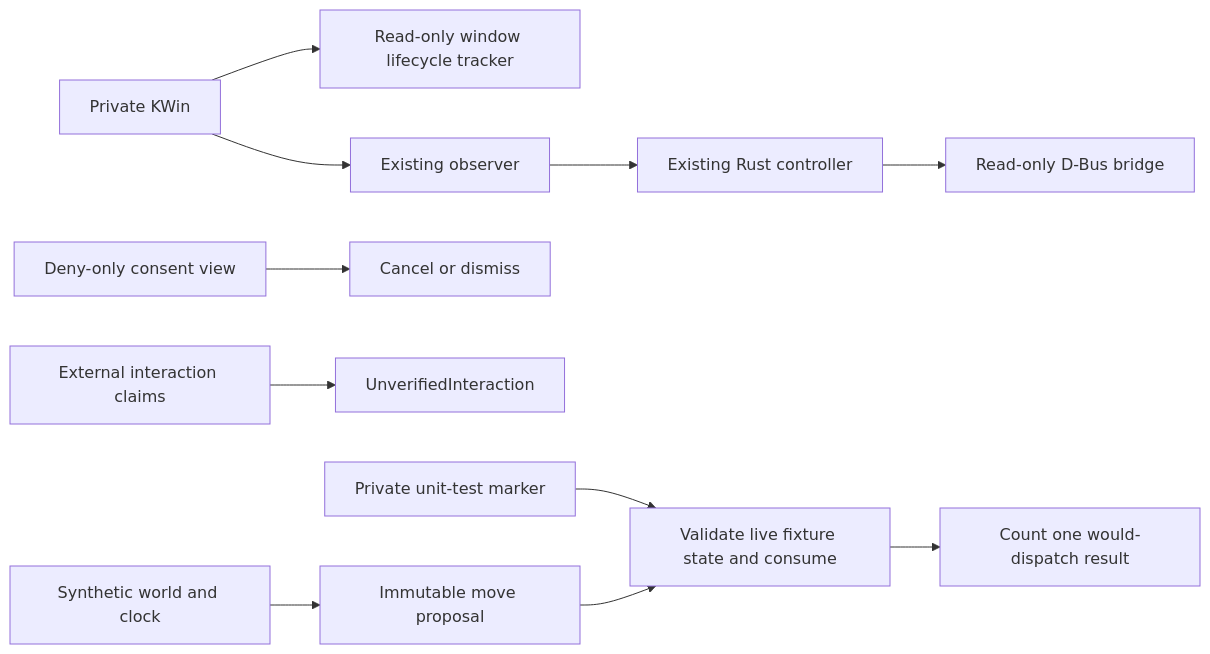
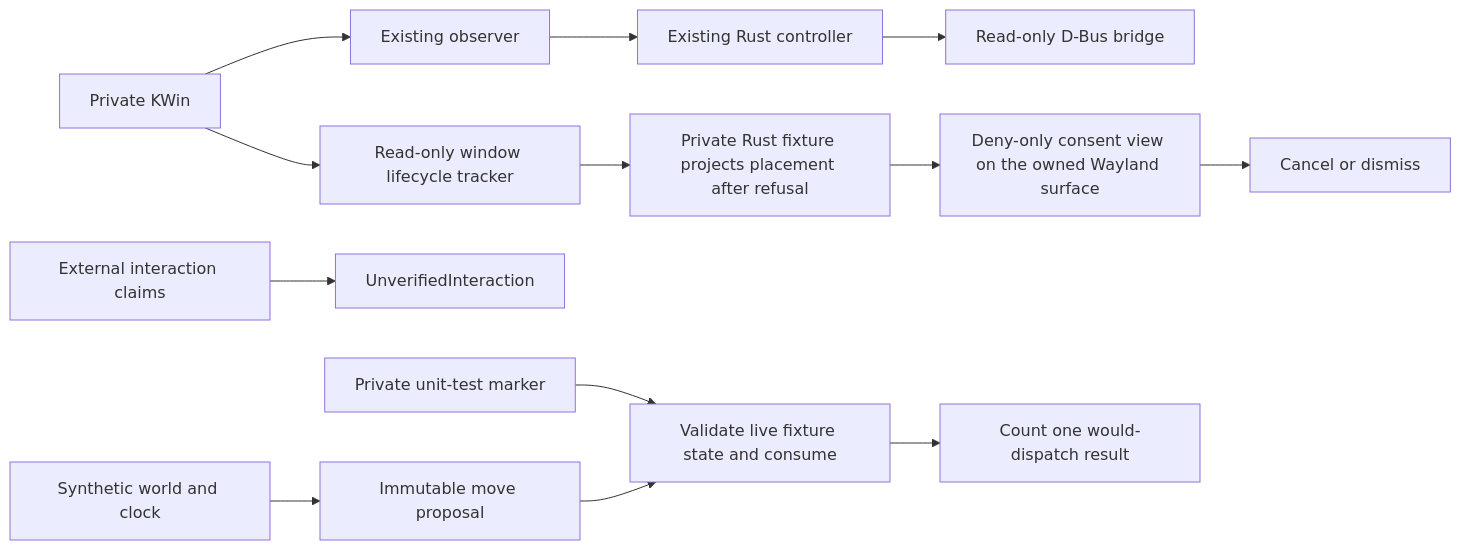
The diagram in docs/phase-3-implementation.md (ASHEN-IX/depthOS), drawn with Mermaid before and after one commit. The commit also changed other lines of this file and 3 other files, not shown here.

````diff
--- a/docs/phase-3-implementation.md
+++ b/docs/phase-3-implementation.md
@@ -9,13 +9,15 @@
 ```mermaid
 flowchart LR
     KWin["Private KWin"] --> Tracker["Read-only window lifecycle tracker"]
     KWin --> Observer["Existing observer"]
     Observer --> Controller["Existing Rust controller"]
     Controller --> Bridge["Read-only D-Bus bridge"]
-    Prompt["Deny-only consent view"] --> Dismiss["Cancel or dismiss"]
+    Tracker --> Projection["Private Rust fixture projects placement after refusal"]
+    Projection --> Prompt["Deny-only consent view on the owned Wayland surface"]
+    Prompt --> Dismiss["Cancel or dismiss"]
     Claims["External interaction claims"] --> Refusal["UnverifiedInteraction"]
     World["Synthetic world and clock"] --> Proposal["Immutable move proposal"]
     Internal["Private unit-test marker"] --> Turn["Validate live fixture state and consume"]
     Proposal --> Turn
     Turn --> Sink["Count one would-dispatch result"]
 ```
````
